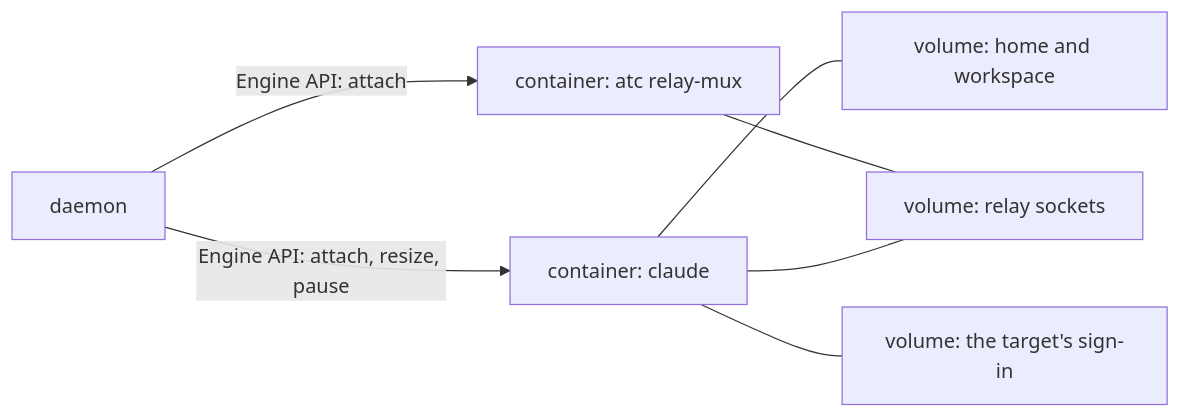
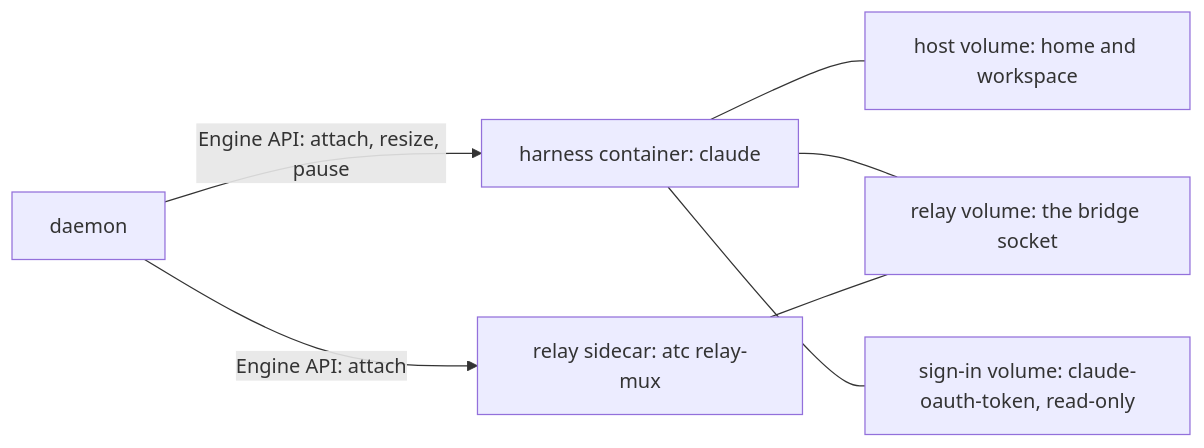
Before and after one commit to zgeoff/atc: the diagram in docs/design/remote-targets/docker.md, drawn with Mermaid. The commit also changed other lines of this file and 4 other files, not shown here.

````diff
--- a/docs/design/remote-targets/docker.md
+++ b/docs/design/remote-targets/docker.md
@@ -17,9 +27,9 @@
 ```mermaid
 flowchart LR
-  daemon[daemon] -->|"Engine API: attach, resize, pause"| harness["container: claude"]
-  daemon -->|"Engine API: attach"| sidecar["container: atc relay-mux"]
-  harness --- volume["volume: home and workspace"]
-  sidecar --- relayvol["volume: relay sockets"]
-  harness --- relayvol
-  harness --- signin["volume: the target's sign-in"]
+  daemon[daemon] -->|"Engine API: attach, resize, pause"| harness["harness container: claude"]
+  daemon -->|"Engine API: attach"| sidecar["relay sidecar: atc relay-mux"]
+  harness --- volume["host volume: home and workspace"]
+  harness --- relayvol["relay volume: the bridge socket"]
+  sidecar --- relayvol
+  harness --- signin["sign-in volume: claude-oauth-token, read-only"]
 ```
````
